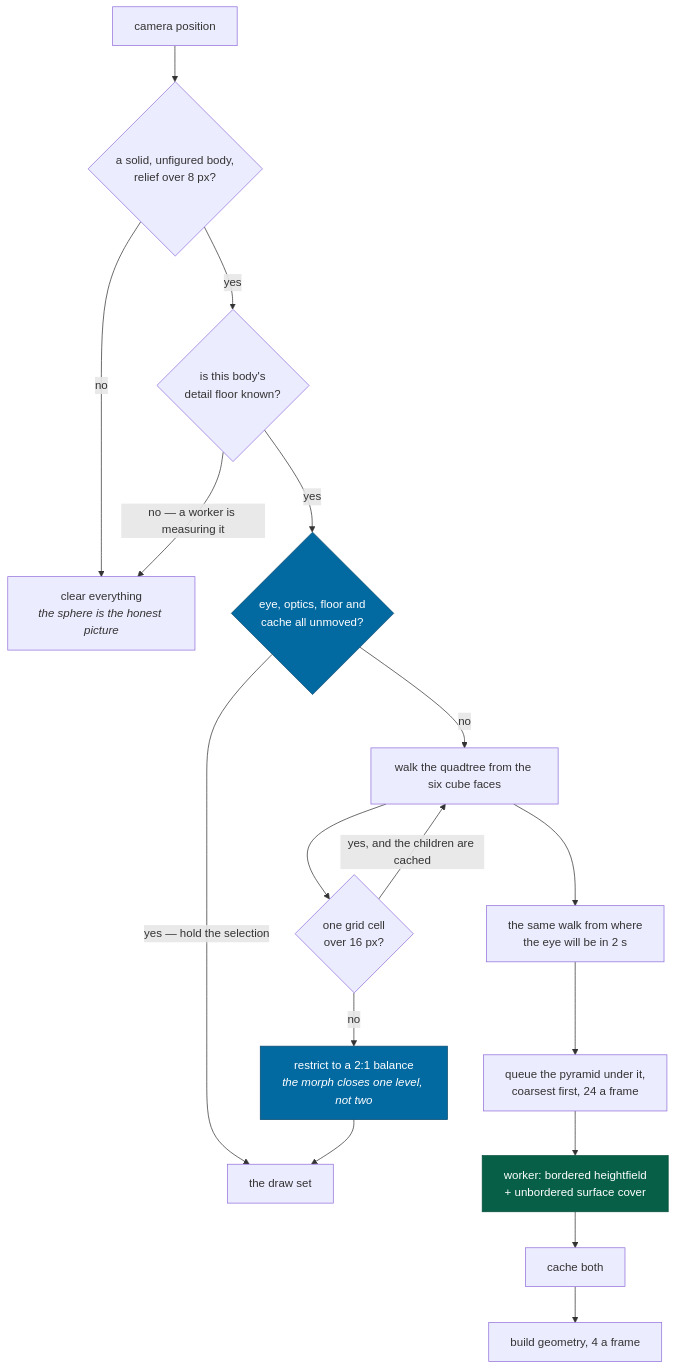
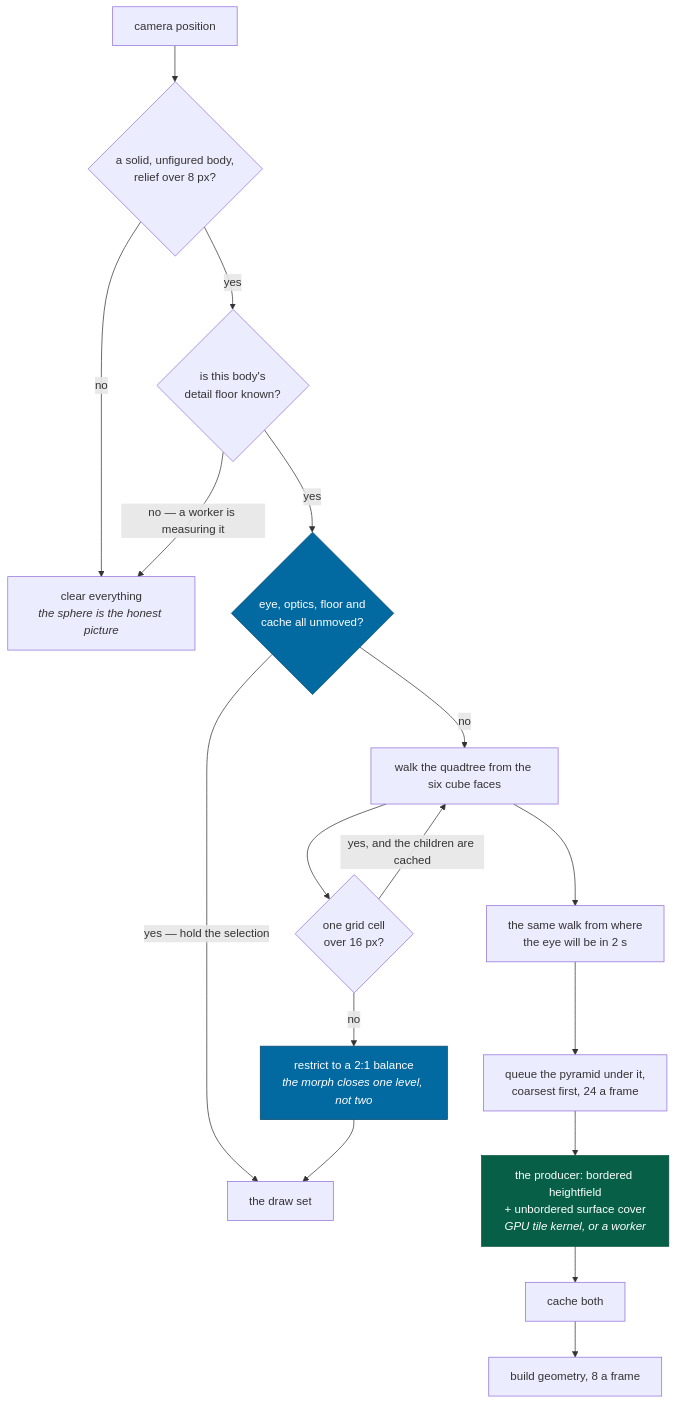
The third of 3 diagrams in docs/concepts/streaming.md (jonjaques/inertialref), drawn with Mermaid before and after one commit. The commit also changed other lines of this file and 51 other files, not shown here.

First line of the commit message:
feat(render): heightfields come from a GPU tile producer, and the first frame has a camera (#44)

````diff
--- a/docs/concepts/streaming.md
+++ b/docs/concepts/streaming.md
@@ -83,23 +83,23 @@
 ```mermaid
 flowchart TB
     CAM["camera position"] --> BODY{"a solid, unfigured body,<br/>relief over 8 px?"}
     BODY -->|no| CLEAR["clear everything<br/><i>the sphere is the honest picture</i>"]
     BODY -->|yes| FLOOR{"is this body's<br/>detail floor known?"}
     FLOOR -->|"no — a worker is measuring it"| CLEAR
     FLOOR -->|yes| HELD{"eye, optics, floor and<br/>cache all unmoved?"}
     HELD -->|"yes — hold the selection"| DRAW
     HELD -->|no| WALK["walk the quadtree from the six cube faces"]
     WALK --> REFINE{"one grid cell<br/>over 16 px?"}
     REFINE -->|"yes, and the children are cached"| WALK
     REFINE -->|no| BALANCE["restrict to a 2:1 balance<br/><i>the morph closes one level, not two</i>"]
     BALANCE --> DRAW["the draw set"]
     WALK --> AHEAD["the same walk from where<br/>the eye will be in 2 s"]
     AHEAD --> QUEUE["queue the pyramid under it,<br/>coarsest first, 24 a frame"]
-    QUEUE --> JOB["worker: bordered heightfield<br/>+ unbordered surface cover"]
+    QUEUE --> JOB["the producer: bordered heightfield<br/>+ unbordered surface cover<br/><i>GPU tile kernel, or a worker</i>"]
     JOB --> CACHE["cache both"]
-    CACHE --> MESH["build geometry, 4 a frame"]
+    CACHE --> MESH["build geometry, 8 a frame"]
 
     style JOB fill:#065f46,stroke:#064e3b,color:#fff
     style BALANCE fill:#0369a1,stroke:#0c4a6e,color:#fff
     style HELD fill:#0369a1,stroke:#0c4a6e,color:#fff
 ```
````
